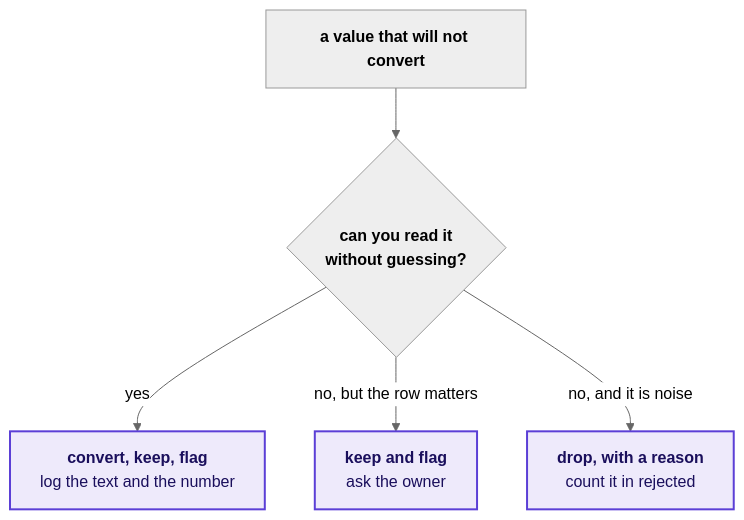
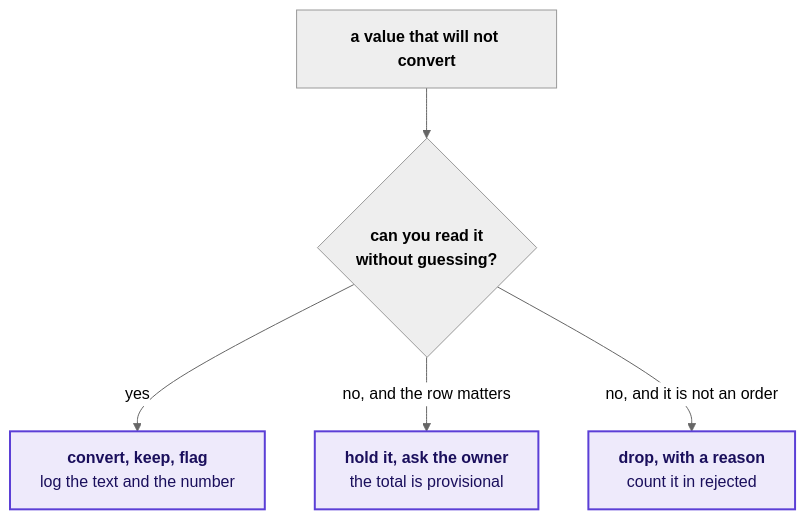
Before and after one commit to fde-academy-lab/c2-content-factory: the fifth of 9 diagrams in content/W01/D5/slides/C2_W01_D05_debrief_STUDENT.md, drawn with Mermaid (neutral theme). The commit also changed other lines of this file and 4 other files, not shown here.

````diff
--- a/content/W01/D5/slides/C2_W01_D05_debrief_STUDENT.md
+++ b/content/W01/D5/slides/C2_W01_D05_debrief_STUDENT.md
@@ -225,9 +362,9 @@
 ```mermaid
 flowchart TB
     V["<b>a value that will not convert</b>"] --> R{"<b>can you read it<br/>without guessing?</b>"}
     R -->|"yes"| K["<b>convert, keep, flag</b><br/>log the text and the number"]
-    R -->|"no, but the row matters"| F["<b>keep and flag</b><br/>ask the owner"]
-    R -->|"no, and it is noise"| D["<b>drop, with a reason</b><br/>count it in rejected"]
+    R -->|"no, and the row matters"| F["<b>hold it, ask the owner</b><br/>the total is provisional"]
+    R -->|"no, and it is not an order"| D["<b>drop, with a reason</b><br/>count it in rejected"]
     classDef known fill:#EEEAFB,stroke:#5B3FD6,color:#1A0F5C,stroke-width:2px
     class K,F,D known
 ```
````
